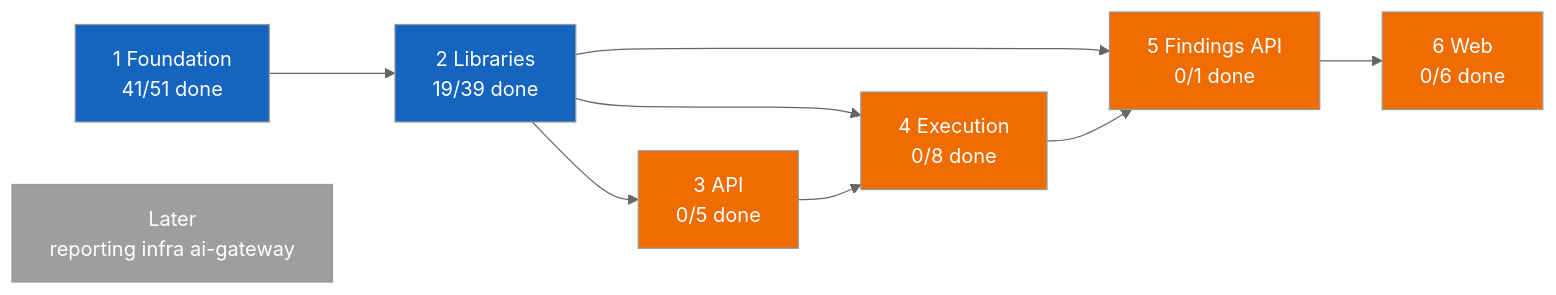
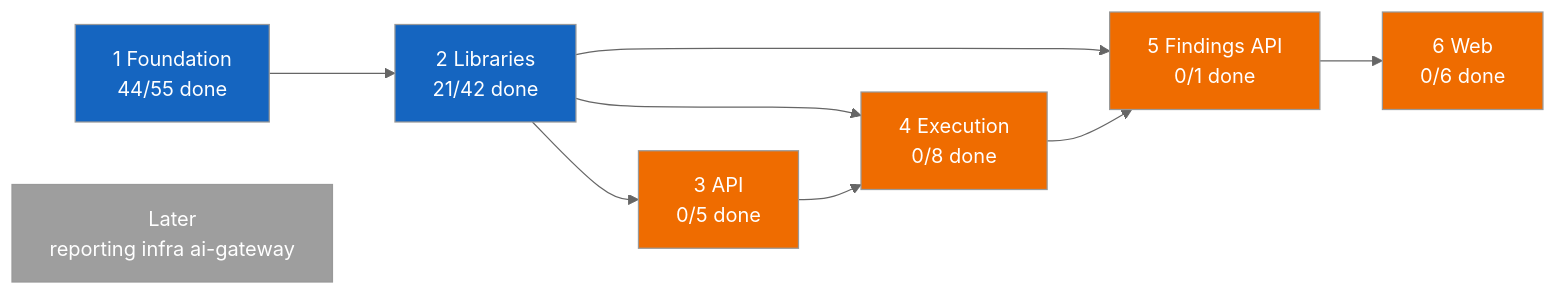
One commit to vulcanflow/docs changed the first of 2 diagrams in PROGRESS.md. Above: the diagram before and after it, drawn with Mermaid (neutral theme). The commit also changed other lines of this file and 1 other file, not shown here.

````diff
--- a/PROGRESS.md
+++ b/PROGRESS.md
@@ -24,31 +24,31 @@
 ```mermaid
 flowchart LR
-  P1["1 Foundation<br/>41/51 done"]
-  P2["2 Libraries<br/>19/39 done"]
+  P1["1 Foundation<br/>44/55 done"]
+  P2["2 Libraries<br/>21/42 done"]
   P3["3 API<br/>0/5 done"]
   P4["4 Execution<br/>0/8 done"]
   P5["5 Findings API<br/>0/1 done"]
   P6["6 Web<br/>0/6 done"]
   L["Later<br/>reporting infra ai-gateway"]
 
   P1 --> P2
   P2 --> P3
   P2 --> P4
   P3 --> P4
   P2 --> P5
   P4 --> P5
   P5 --> P6
 
   classDef done fill:#2e7d32,color:#fff
   classDef active fill:#1565c0,color:#fff
   classDef held fill:#9e9e9e,color:#fff
   classDef blocked fill:#ef6c00,color:#fff
 
   class P1 active
   class P2 active
   class P3 blocked
   class P4 blocked
   class P5 blocked
   class P6 blocked
   class L held
 ```
````
